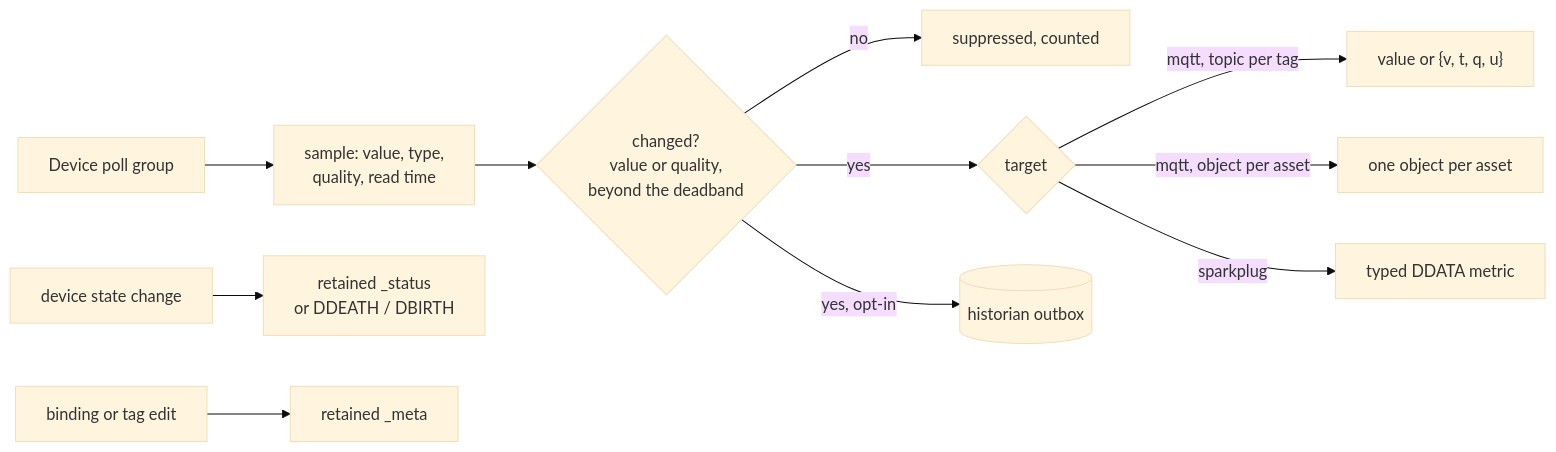
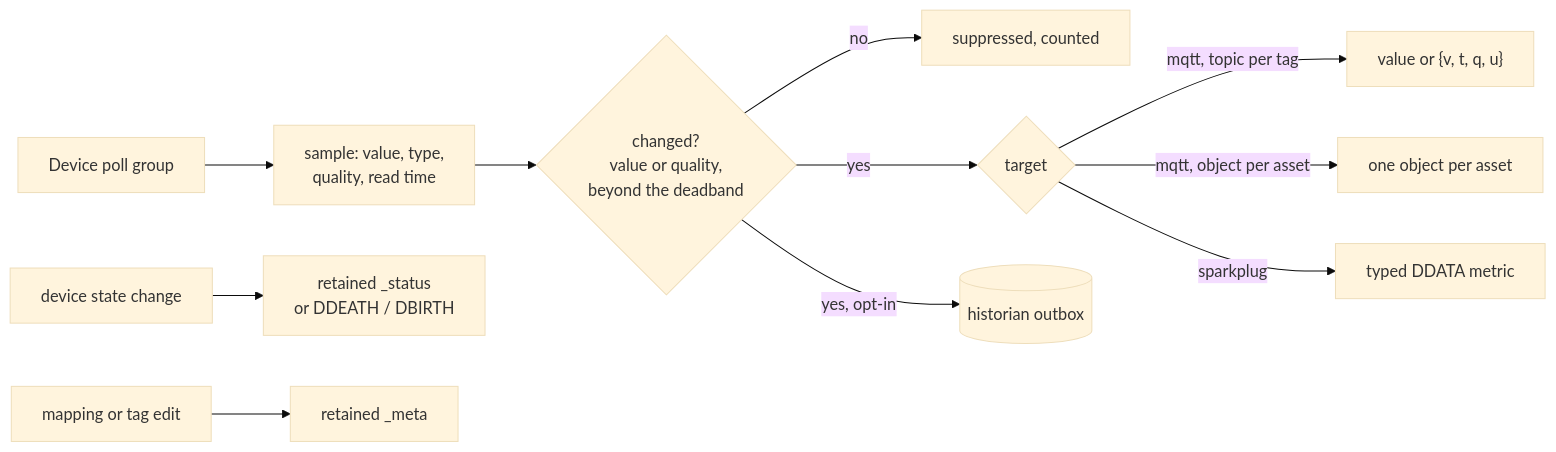
The diagram in docs/wiki/Mapping-to-the-UNS.md (zbest1000/manifold), drawn with Mermaid (base theme) before and after one commit. The commit also changed other lines of this file and 54 other files, not shown here.

First line of the commit message:
docs: refresh every document and image to the current code (new UI, mapping editor, selective mapping, Socket.IO and API tables, client architecture)

````diff
--- a/docs/wiki/Mapping-to-the-UNS.md
+++ b/docs/wiki/Mapping-to-the-UNS.md
@@ -14,13 +21,13 @@
 ```mermaid
 flowchart LR
     DEV[Device poll group] --> S[sample: value, type,<br/>quality, read time]
     S --> RBE{changed?<br/>value or quality,<br/>beyond the deadband}
     RBE -->|no| SUP[suppressed, counted]
     RBE -->|yes| TGT{target}
     TGT -->|mqtt, topic per tag| P["value or {v, t, q, u}"]
     TGT -->|mqtt, object per asset| O["one object per asset"]
     TGT -->|sparkplug| SP[typed DDATA metric]
     RBE -->|yes, opt-in| H[(historian outbox)]
     ST[device state change] --> STAT["retained _status<br/>or DDEATH / DBIRTH"]
-    META["binding or tag edit"] --> M["retained _meta"]
+    META["mapping or tag edit"] --> M["retained _meta"]
 ```
````
